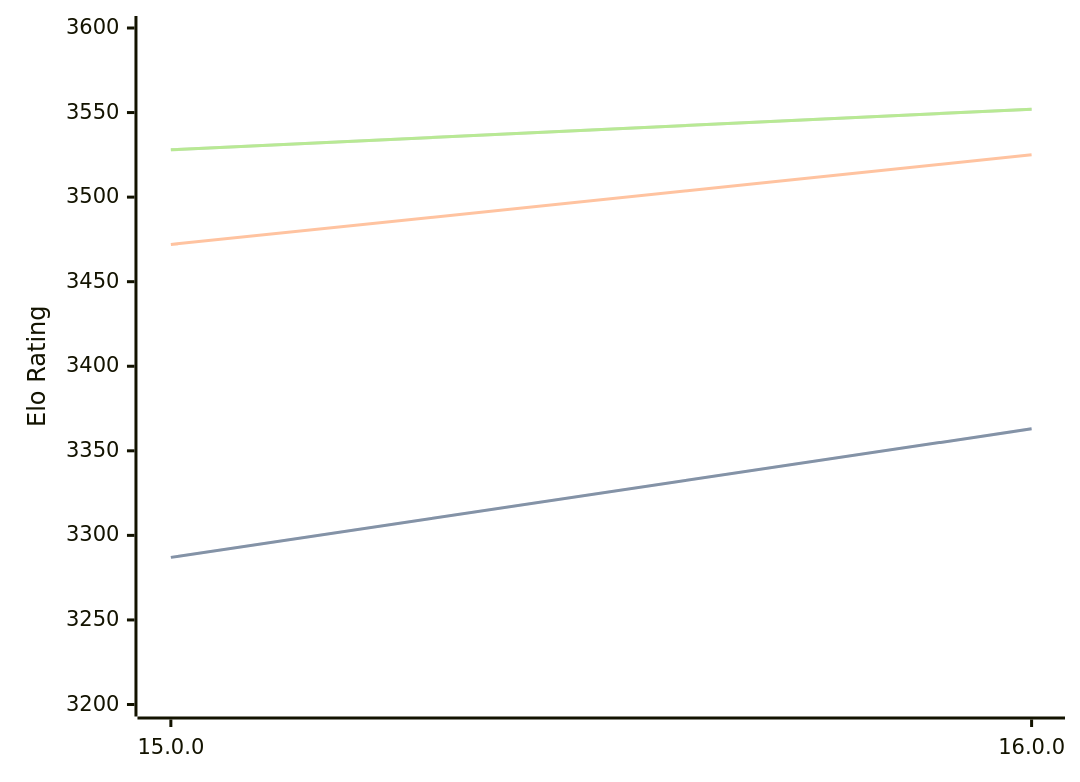
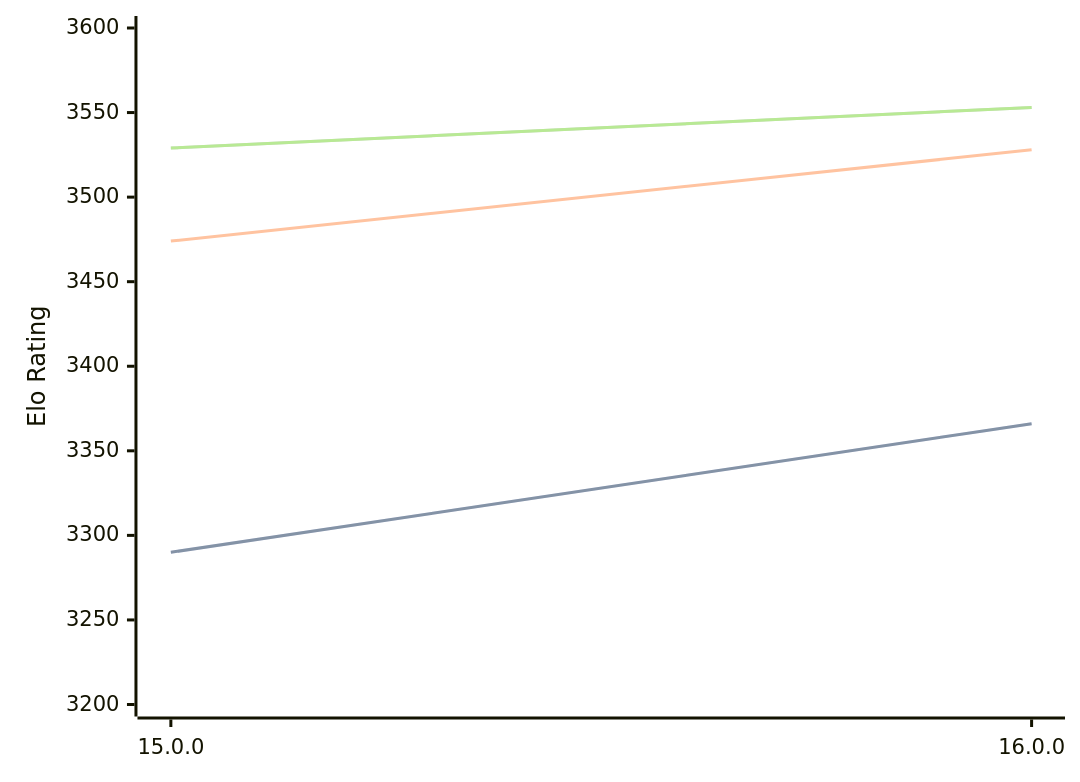
Before and after one commit to computer-chess-index/cci: the diagram in engines/Halogen.md, drawn with Mermaid. The commit also changed other lines of this file, not shown here.

Commit message:
Update CCI Ratings (ELO VLTC) - 2026-09-01

````diff
--- a/engines/Halogen.md
+++ b/engines/Halogen.md
@@ -32,11 +32,11 @@
 ```mermaid
 %%{init: {"theme":"base","themeVariables":{"seriesColors:['#a3a3a3','#222221','#faa371']}}}%%
 xychart-beta
   x-axis ["15.0.0", "16.0.0"]
   y-axis "Elo Rating" 3200 --> 3600
-  line "" [3287, 3363]
-  line "STC (8.0+0.08s)" [3287, 3363]
-  line "LTC (60.0+0.60s)" [3472, 3525]
-  line "" [3528, 3552]
-  line "VLTC (2m24s+1.12s)" [3528, 3552]
+  line "" [3290, 3366]
+  line "STC (8.0+0.08s)" [3290, 3366]
+  line "LTC (60.0+0.60s)" [3474, 3528]
+  line "" [3529, 3553]
+  line "VLTC (2m24s+1.12s)" [3529, 3553]
 ```
````
